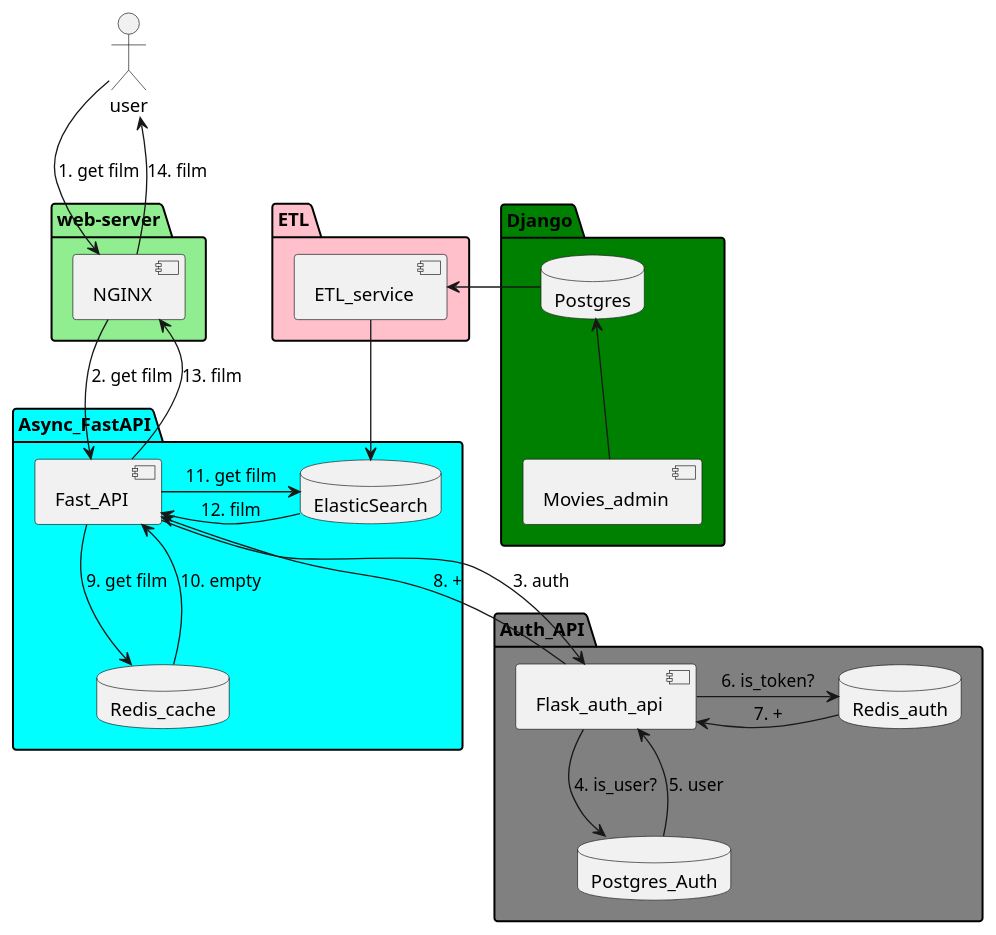
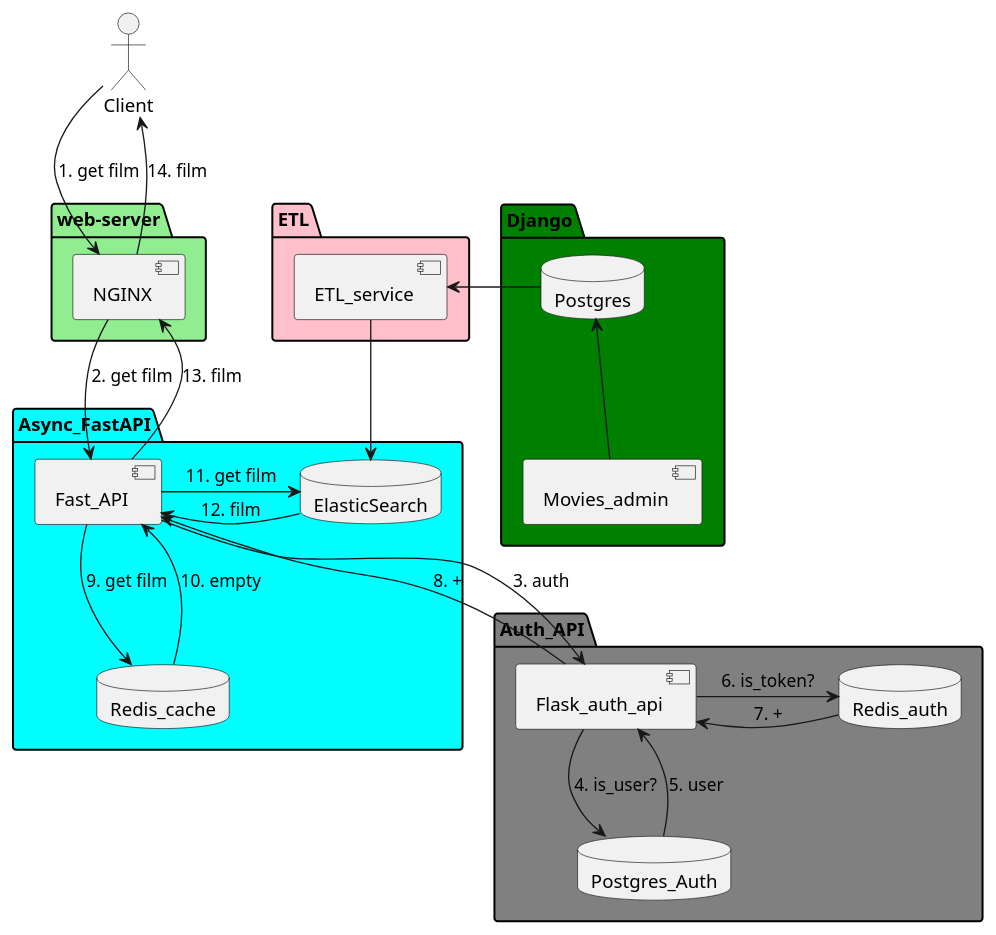
The diagram in as_is__to_be/as_is.puml (crank2303/kafka_clickhouse), drawn with PlantUML before and after one commit. The commit also changed 24 other files, not shown here.

```diff
--- a/as_is__to_be/as_is.puml
+++ b/as_is__to_be/as_is.puml
@@ -1,43 +1,44 @@
 @startuml
+
 skinparam componentStyle uml2
-user  as Client
+"Client"
 
 package web-server #LightGreen{
     [NGINX] 
 }
 package Auth_API #Grey {
     [Flask_auth_api]
     database Postgres_Auth 
     database Redis_auth
 }
 package ETL #Pink{
     [ETL_service] 
 }
 package Async_FastAPI #Aqua{
     [Fast_API] 
     database ElasticSearch 
     database Redis_cache
 }
 package Django #Green{
     [Movies_admin] 
     database Postgres 
 }
 
 [Client] -> [NGINX]: 1. get film
 [NGINX] --> [Fast_API]: 2. get film
 [Fast_API] --> [Flask_auth_api]: 3. auth
 [Flask_auth_api] --> Postgres_Auth: 4. is_user?
 [Flask_auth_api] <-- Postgres_Auth: 5. user
 [Flask_auth_api] -> [Redis_auth]: 6. is_token?
 [Flask_auth_api] <- [Redis_auth]: 7. +
 [Fast_API] <-r- [Flask_auth_api]: 8. +
 [Fast_API] --> Redis_cache: 9. get film
 [Fast_API] <-- Redis_cache: 10. empty
 [Fast_API] -> ElasticSearch: 11. get film
 [Fast_API] <- ElasticSearch: 12. film
 [NGINX] <-- [Fast_API]: 13. film
 [Client] <-- [NGINX]: 14. film
 Postgres <-- [Movies_admin]
 [ETL_service] --> ElasticSearch
 [ETL_service] <- Postgres
 @enduml
```
